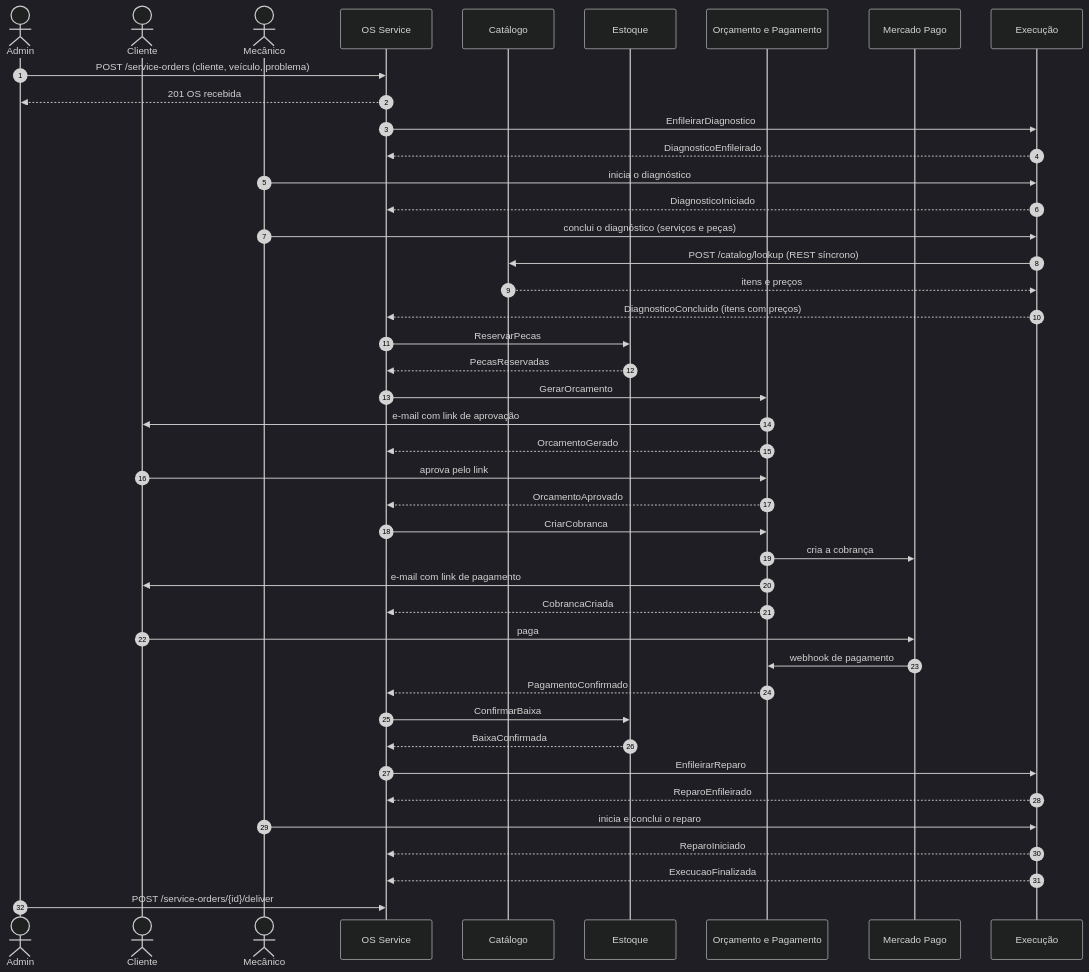
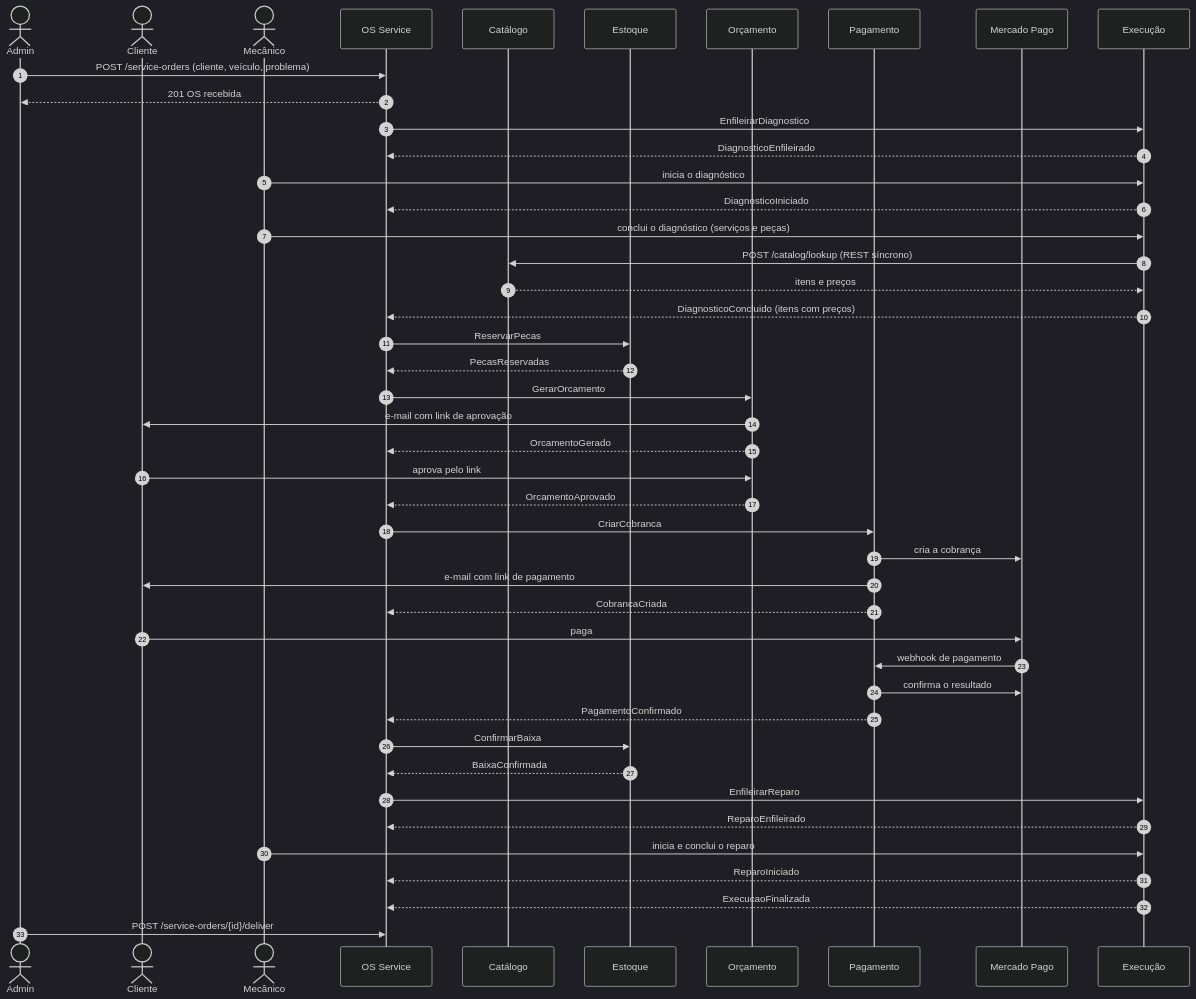
The diagram in docs/saga.md (phantosmia/oficina-mecanica-fiap), drawn with Mermaid (dark theme) before and after one commit. The commit also changed other lines of this file and 9 other files, not shown here.

First line of the commit message:
RFC-0008: separa Orçamento e Pagamento em dois microsserviços

````diff
--- a/docs/saga.md
+++ b/docs/saga.md
@@ -17,46 +18,48 @@
 ```mermaid
 sequenceDiagram
     autonumber
     actor Admin
     actor Cliente
     actor Mecanico as Mecânico
     participant OS as OS Service
     participant CAT as Catálogo
     participant EST as Estoque
-    participant ORC as Orçamento e Pagamento
+    participant ORC as Orçamento
+    participant PAG as Pagamento
     participant MP as Mercado Pago
     participant EXE as Execução
 
     Admin->>OS: POST /service-orders (cliente, veículo, problema)
     OS-->>Admin: 201 OS recebida
     OS->>EXE: EnfileirarDiagnostico
     EXE-->>OS: DiagnosticoEnfileirado
     Mecanico->>EXE: inicia o diagnóstico
     EXE-->>OS: DiagnosticoIniciado
     Mecanico->>EXE: conclui o diagnóstico (serviços e peças)
     EXE->>CAT: POST /catalog/lookup (REST síncrono)
     CAT-->>EXE: itens e preços
     EXE-->>OS: DiagnosticoConcluido (itens com preços)
     OS->>EST: ReservarPecas
     EST-->>OS: PecasReservadas
     OS->>ORC: GerarOrcamento
     ORC->>Cliente: e-mail com link de aprovação
     ORC-->>OS: OrcamentoGerado
     Cliente->>ORC: aprova pelo link
     ORC-->>OS: OrcamentoAprovado
-    OS->>ORC: CriarCobranca
-    ORC->>MP: cria a cobrança
-    ORC->>Cliente: e-mail com link de pagamento
-    ORC-->>OS: CobrancaCriada
+    OS->>PAG: CriarCobranca
+    PAG->>MP: cria a cobrança
+    PAG->>Cliente: e-mail com link de pagamento
+    PAG-->>OS: CobrancaCriada
     Cliente->>MP: paga
-    MP->>ORC: webhook de pagamento
-    ORC-->>OS: PagamentoConfirmado
+    MP->>PAG: webhook de pagamento
+    PAG->>MP: confirma o resultado
+    PAG-->>OS: PagamentoConfirmado
     OS->>EST: ConfirmarBaixa
     EST-->>OS: BaixaConfirmada
     OS->>EXE: EnfileirarReparo
     EXE-->>OS: ReparoEnfileirado
     Mecanico->>EXE: inicia e conclui o reparo
     EXE-->>OS: ReparoIniciado
     EXE-->>OS: ExecucaoFinalizada
     Admin->>OS: POST /service-orders/{id}/deliver
 ```
````
